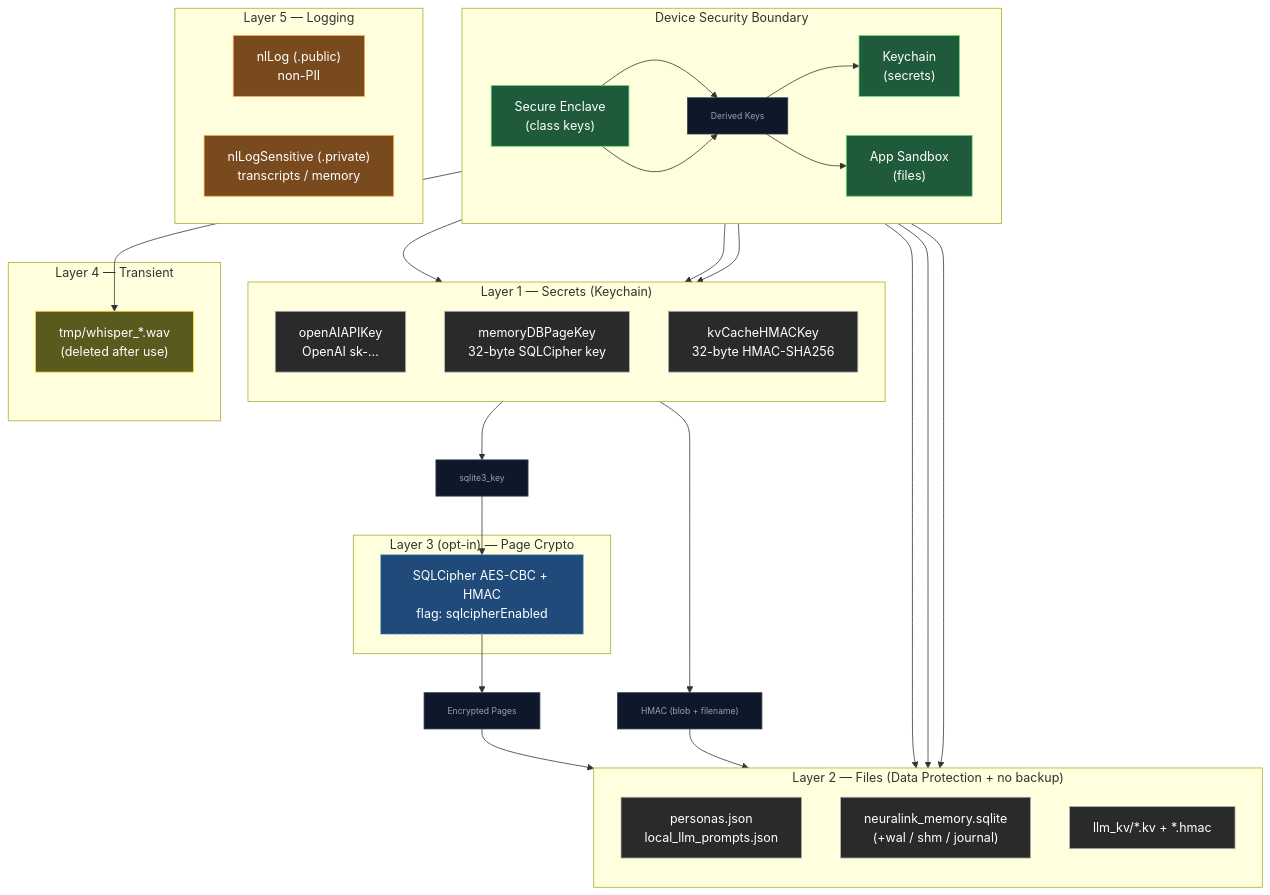
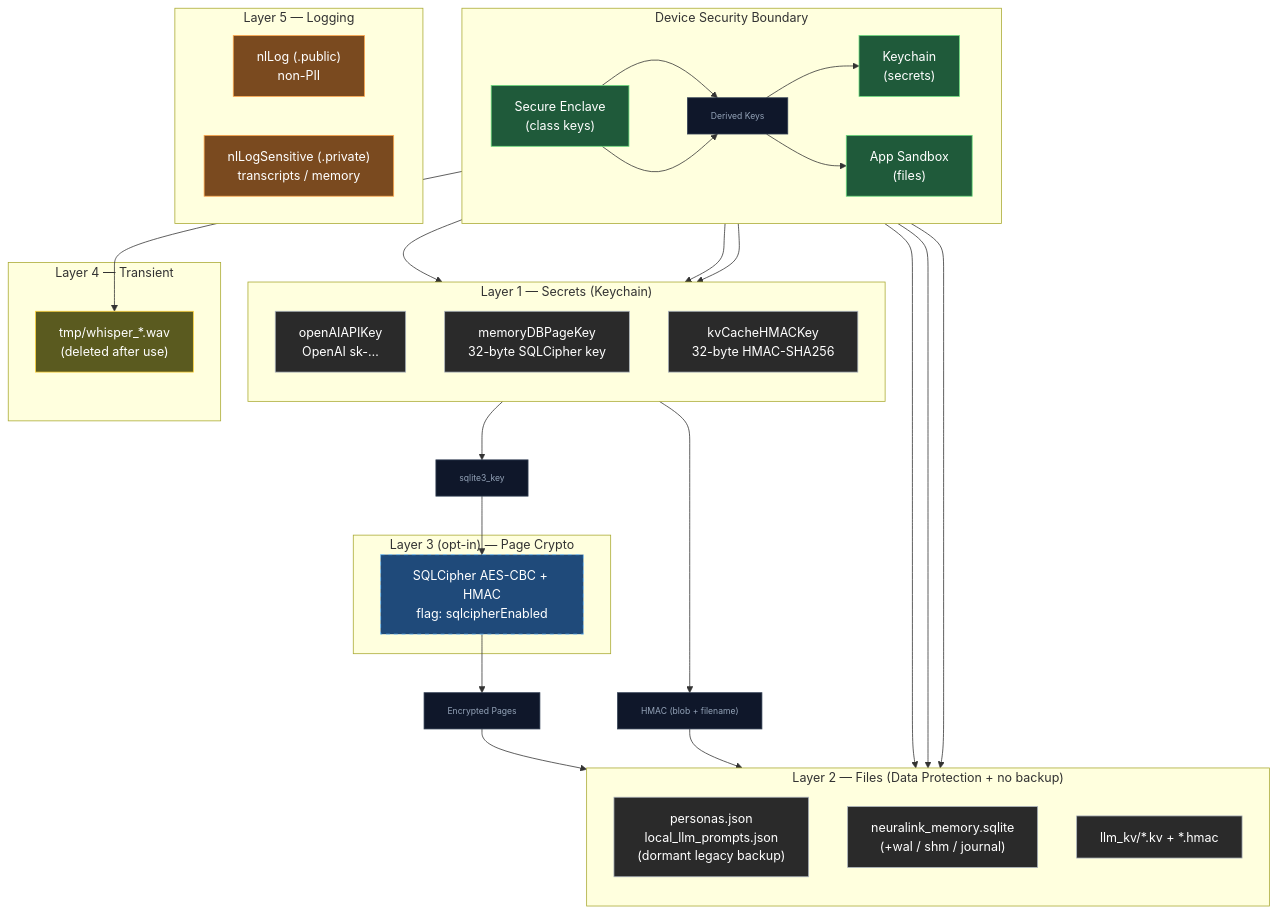
The diagram in docs/APP_SECURITY.md (kevinliddel/NeuraLink), drawn with Mermaid before and after one commit. The commit also changed other lines of this file and 7 other files, not shown here.

Commit message:
chore: update local TTS/memory documentation to reflect new engine architectures and configuration details.

````diff
--- a/docs/APP_SECURITY.md
+++ b/docs/APP_SECURITY.md
@@ -27,77 +27,77 @@
 ```mermaid
 flowchart TB
     %% Boundary
     subgraph Boundary["Device Security Boundary"]
         direction LR
         SE["Secure Enclave\n(class keys)"]
         KC["Keychain\n(secrets)"]
         APP["App Sandbox\n(files)"]
 
         SE --> D1["Derived Keys"] --> KC
         SE --> D1 --> APP
     end
 
     %% Layer 1
     subgraph SecureStore["Layer 1 — Secrets (Keychain)"]
         direction TB
         K1["openAIAPIKey\nOpenAI sk-…"]
         K2["memoryDBPageKey\n32-byte SQLCipher key"]
         K3["kvCacheHMACKey\n32-byte HMAC-SHA256"]
     end
 
     %% Layer 2
     subgraph ProtectedStorage["Layer 2 — Files (Data Protection + no backup)"]
         direction TB
-        F1["personas.json\nlocal_llm_prompts.json"]
+        F1["personas.json\nlocal_llm_prompts.json\n(dormant legacy backup)"]
         F2["neuralink_memory.sqlite\n(+wal / shm / journal)"]
         F3["llm_kv/*.kv + *.hmac"]
     end
 
     %% Layer 3
     subgraph Optional["Layer 3 (opt-in) — Page Crypto"]
         SQLCipher["SQLCipher AES-CBC + HMAC\nflag: sqlcipherEnabled"]
     end
 
     %% Layer 4
     subgraph Transient["Layer 4 — Transient"]
         T1["tmp/whisper_*.wav\n(deleted after use)"]
     end
 
     %% Layer 5
     subgraph Logs["Layer 5 — Logging"]
         L1["nlLog (.public)\nnon-PII"]
         L2["nlLogSensitive (.private)\ntranscripts / memory"]
     end
 
     %% Flows
     KC --> K1
     KC --> K2
     KC --> K3
 
     APP --> F1
     APP --> F2
     APP --> F3
     APP --> T1
 
     K2 --> D2["sqlite3_key"] --> SQLCipher
     SQLCipher --> D3["Encrypted Pages"] --> F2
 
     K3 --> D4["HMAC (blob + filename)"] --> F3
 
     %% Styles
     classDef secure fill:#1f5a3a,stroke:#69db7c,color:#ffffff
     classDef store fill:#2a2a2a,stroke:#adb5bd,color:#ffffff
     classDef optional fill:#1f4a7a,stroke:#74c0fc,color:#ffffff,stroke-dasharray:5 5
     classDef transient fill:#5a5a1f,stroke:#ffd43b,color:#ffffff
     classDef logs fill:#7a4a1f,stroke:#ffa94d,color:#ffffff
 
     class SE,KC,APP secure
     class K1,K2,K3,F1,F2,F3 store
     class SQLCipher optional
     class T1 transient
     class L1,L2 logs
 
     %% Data flow styling (consistent across your diagrams)
     classDef data fill:#0f172a,stroke:#334155,color:#94a3b8,font-size:11px
     class D1,D2,D3,D4 data
 ```
````
